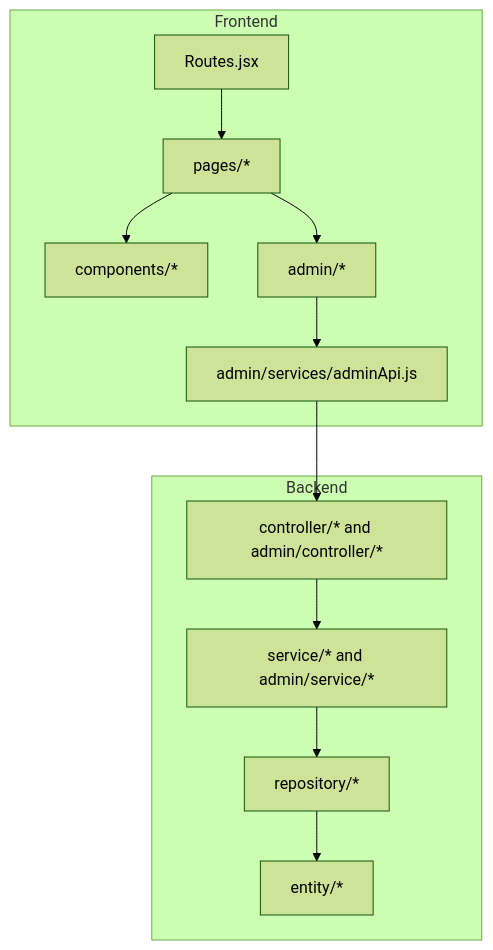
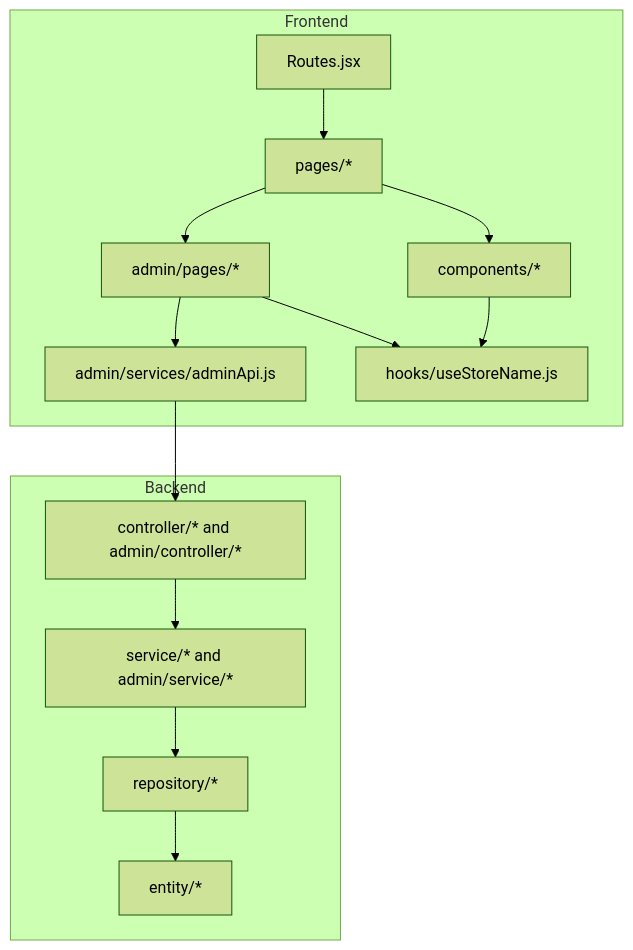
Before and after one commit to annnuuupam/NexCart: the third of 5 diagrams in ARCHITECTURE.md, drawn with Mermaid (forest theme). The commit also changed other lines of this file and 41 other files, not shown here.

````diff
--- a/ARCHITECTURE.md
+++ b/ARCHITECTURE.md
@@ -41,21 +55,23 @@
 ```mermaid
 flowchart TB
   subgraph Frontend
     Routes["Routes.jsx"] --> Pages["pages/*"]
     Pages --> Components["components/*"]
-    Pages --> Admin["admin/*"]
-    Admin --> AdminServices["admin/services/adminApi.js"]
+    Pages --> AdminPages["admin/pages/*"]
+    AdminPages --> AdminServices["admin/services/adminApi.js"]
+    Components --> Hooks["hooks/useStoreName.js"]
+    AdminPages --> Hooks
   end
 
   subgraph Backend
     Controllers["controller/* and admin/controller/*"]
     Services["service/* and admin/service/*"]
     Repositories["repository/*"]
     Entities["entity/*"]
     Controllers --> Services
     Services --> Repositories
     Repositories --> Entities
   end
 
   AdminServices --> Controllers
 ```
````
